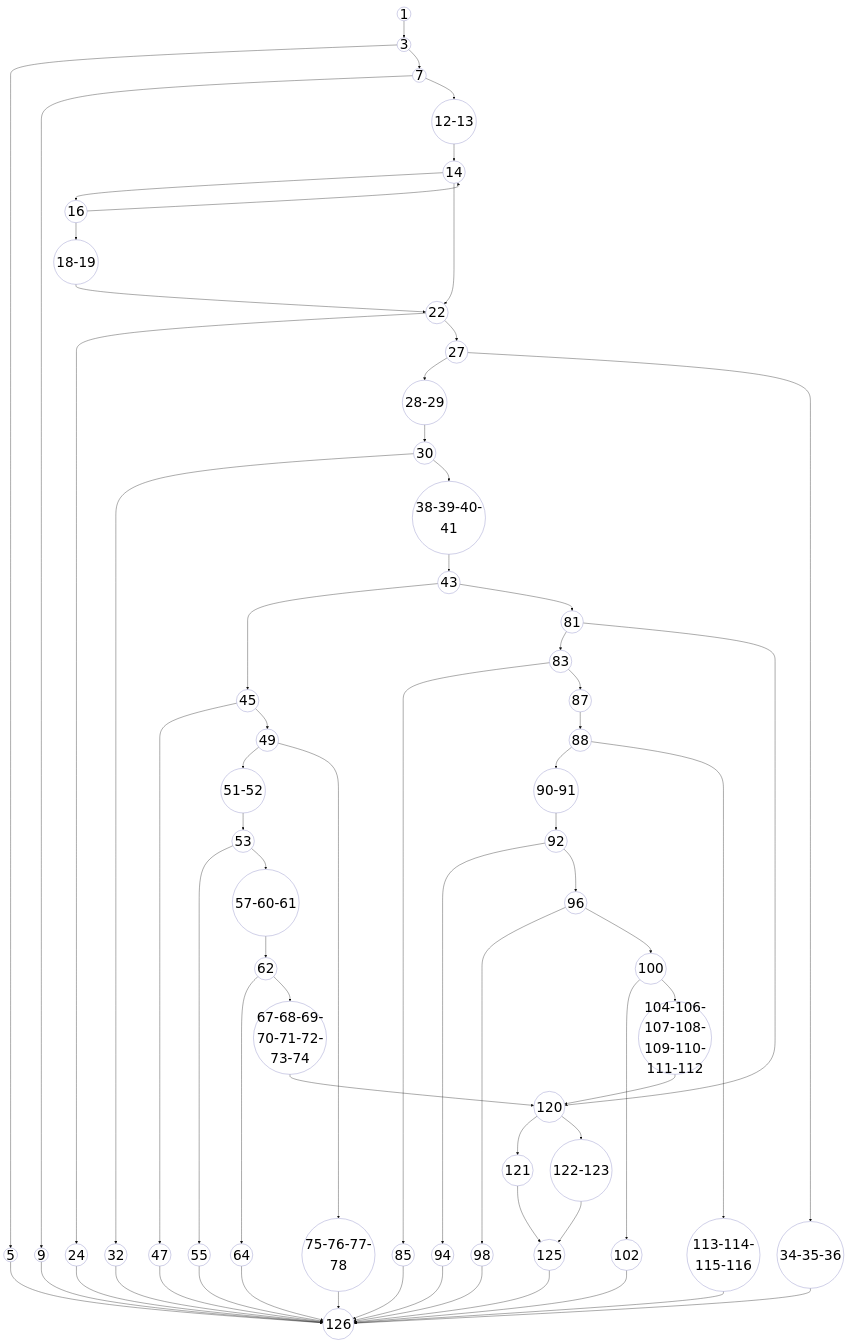
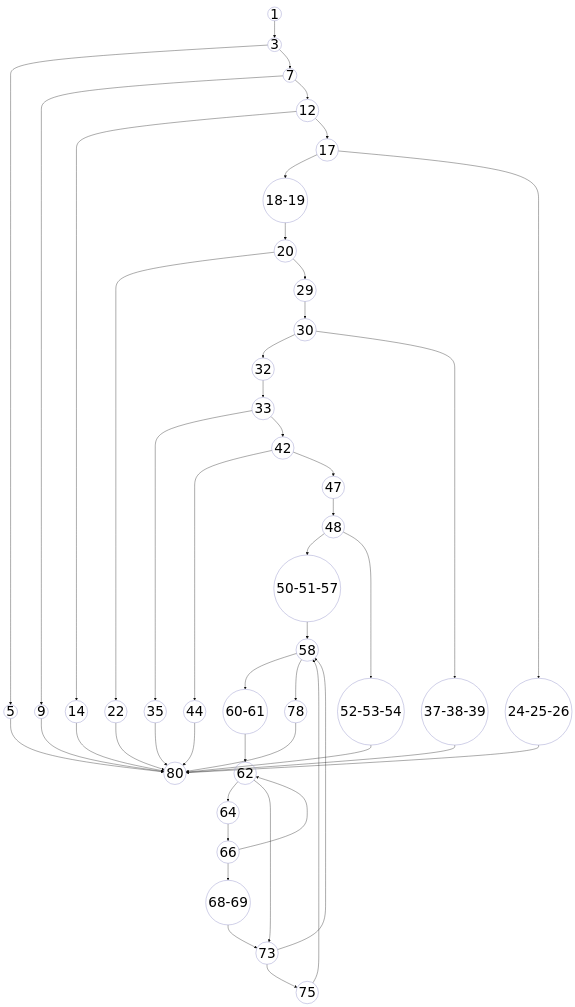
The diagram in SE/ideathon/pseudocode/flowcharts/UC-16.mmd (aryanhrc3428/Semester-5), drawn with Mermaid before and after one commit. The commit also changed 47 other files, not shown here.

```diff
--- a/SE/ideathon/pseudocode/flowcharts/UC-16.mmd
+++ b/SE/ideathon/pseudocode/flowcharts/UC-16.mmd
@@ -1,111 +1,80 @@
 ---
 config:
   theme: base
   themeVariables:
     fontSize: '40px'
 ---
 graph TD
     %% Base styling matching the reference CFG style
     classDef default fill:none,stroke:#a3a3d1,stroke-width:1.5px,color:#000;
     
     1((1)) --> 3((3))
     
     3 --> 5((5))
     3 --> 7((7))
     
     7 --> 9((9))
-    7 --> 12-13((12-13))
+    7 --> 12((12))
     
-    12-13 --> 14((14))
+    12 --> 14((14))
+    12 --> 17((17))
     
-    14 --> 16((16))
-    14 --> 22((22))
+    17 --> 18-19((18-19))
+    17 --> 24-25-26((24-25-26))
     
-    16 --> 18-19((18-19))
-    16 --> 14
+    18-19 --> 20((20))
     
-    18-19 --> 22
+    20 --> 22((22))
+    20 --> 29((29))
     
-    22 --> 24((24))
-    22 --> 27((27))
-    
-    27 --> 28-29((28-29))
-    27 --> 34-35-36((34-35-36))
-    
-    28-29 --> 30((30))
+    29 --> 30((30))
     
     30 --> 32((32))
-    30 --> 38-39-40-41((38-39-40-41))
+    30 --> 37-38-39((37-38-39))
     
-    38-39-40-41 --> 43((43))
+    32 --> 33((33))
     
-    %% Branch A: Schedule
-    43 --> 45((45))
-    43 --> 81((81))
+    33 --> 35((35))
+    33 --> 42((42))
     
-    45 --> 47((47))
-    45 --> 49((49))
+    42 --> 44((44))
+    42 --> 47((47))
     
-    49 --> 51-52((51-52))
-    49 --> 75-76-77-78((75-76-77-78))
+    47 --> 48((48))
     
-    51-52 --> 53((53))
+    48 --> 50-51-57((50-51-57))
+    48 --> 52-53-54((52-53-54))
     
-    53 --> 55((55))
-    53 --> 57-60-61((57-60-61))
+    50-51-57 --> 58((58))
     
-    57-60-61 --> 62((62))
+    58 --> 60-61((60-61))
+    58 --> 78((78))
+    
+    60-61 --> 62((62))
     
     62 --> 64((64))
-    62 --> 67-68-69-70-71-72-73-74((67-68-69-70-71-72-73-74))
+    62 --> 73((73))
     
-    67-68-69-70-71-72-73-74 --> 120((120))
+    64 --> 66((66))
     
-    %% Branch B: Cancel
-    81 --> 83((83))
-    81 --> 120
+    66 --> 68-69((68-69))
+    66 --> 62
     
-    83 --> 85((85))
-    83 --> 87((87))
+    68-69 --> 73
     
-    87 --> 88((88))
-    88 --> 90-91((90-91))
-    88 --> 113-114-115-116((113-114-115-116))
+    73 --> 75((75))
+    73 --> 58
     
-    90-91 --> 92((92))
+    75 --> 58
     
-    92 --> 94((94))
-    92 --> 96((96))
-    
-    96 --> 98((98))
-    96 --> 100((100))
-    
-    100 --> 102((102))
-    100 --> 104-106-107-108-109-110-111-112((104-106-107-108-109-110-111-112))
-    
-    104-106-107-108-109-110-111-112 --> 120
-    
-    %% Notification
-    120 --> 121((121))
-    120 --> 122-123((122-123))
-    
-    121 --> 125((125))
-    
-    122-123 --> 125
-    
-    %% Terminal error returns and catches syncing to the final end node (126)
-    5 --> 126((126))
-    9 --> 126
-    24 --> 126
-    32 --> 126
-    34-35-36 --> 126
-    47 --> 126
-    55 --> 126
-    64 --> 126
-    75-76-77-78 --> 126
-    85 --> 126
-    94 --> 126
-    98 --> 126
-    102 --> 126
-    113-114-115-116 --> 126
-    125 --> 126
+    %% Terminal error returns and catches syncing to the final end node (80)
+    5 --> 80((80))
+    9 --> 80
+    14 --> 80
+    22 --> 80
+    24-25-26 --> 80
+    35 --> 80
+    37-38-39 --> 80
+    44 --> 80
+    52-53-54 --> 80
+    78 --> 80
```
